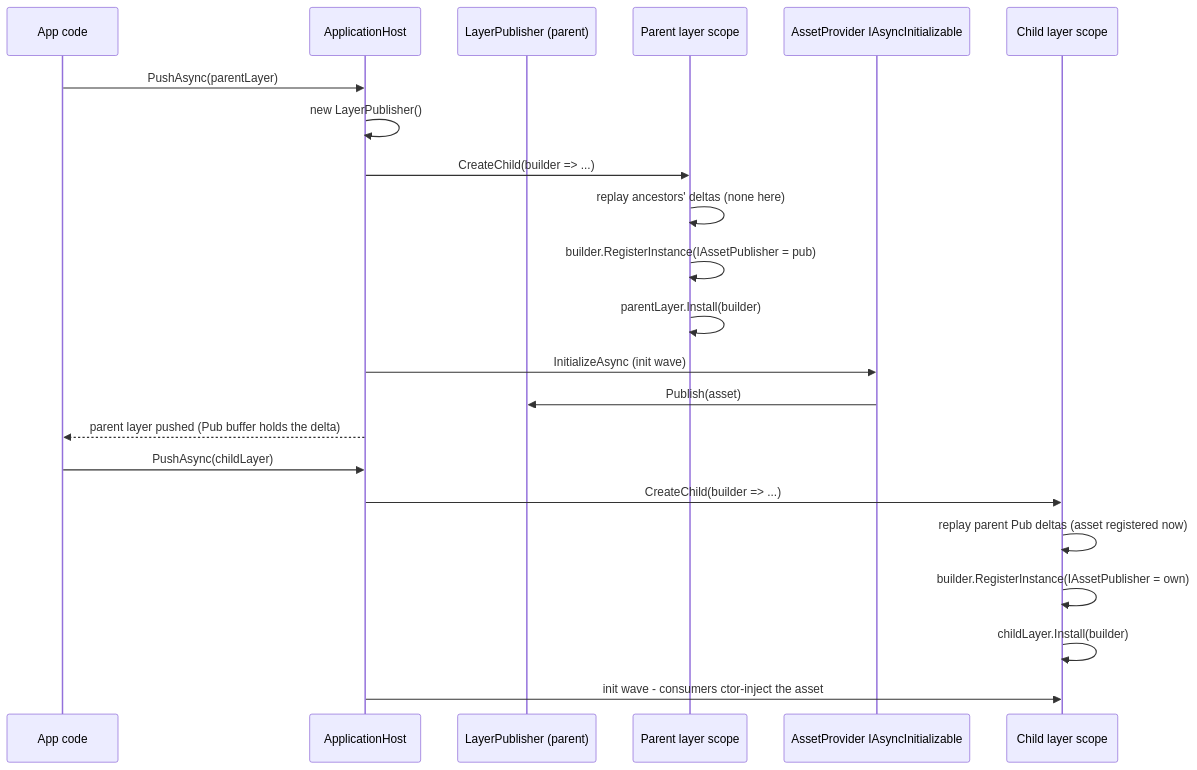
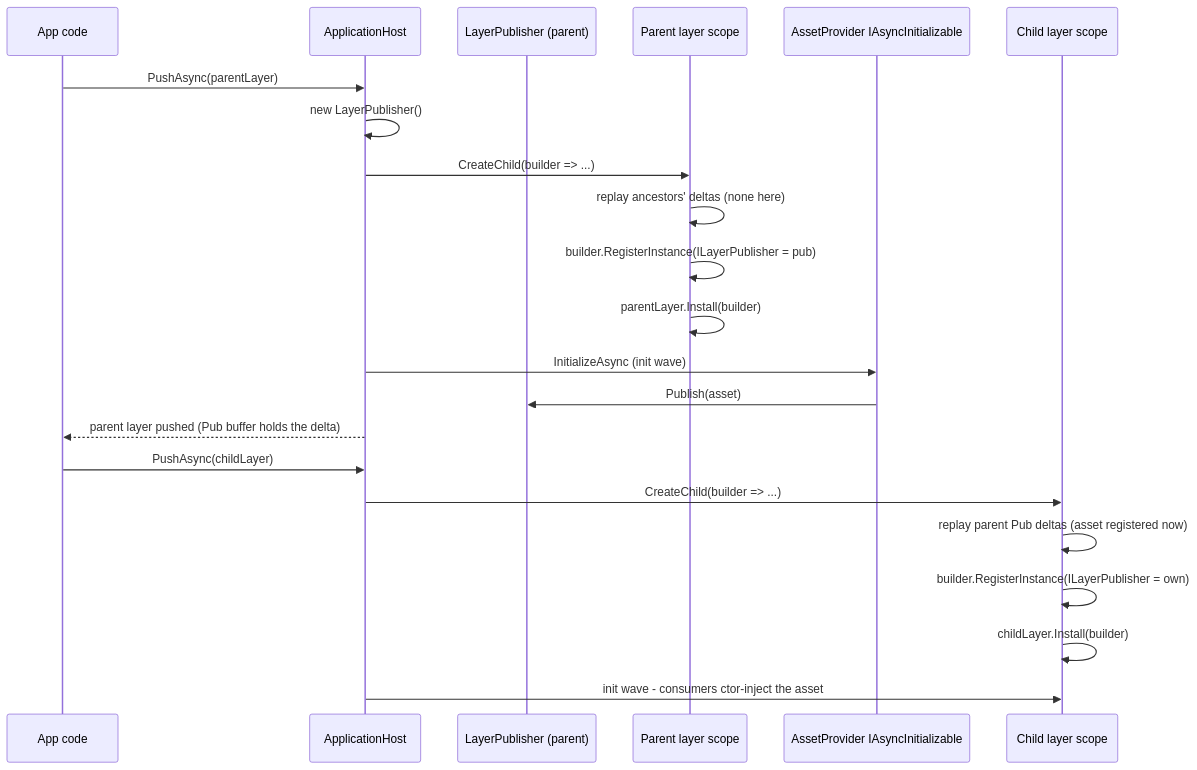
One commit to MgCohen/Scaffold changed the diagram in Plans/Export/async-registrar.md. Above: the diagram before and after it, drawn with Mermaid. The commit also changed other lines of this file and 105 other files, not shown here.

````diff
--- a/Plans/Export/async-registrar.md
+++ b/Plans/Export/async-registrar.md
@@ -41,26 +41,26 @@
 ```mermaid
 sequenceDiagram
     participant App as App code
     participant Host as ApplicationHost
     participant Pub as LayerPublisher (parent)
     participant L1 as Parent layer scope
     participant Prov as AssetProvider IAsyncInitializable
     participant L2 as Child layer scope
 
     App->>Host: PushAsync(parentLayer)
     Host->>Host: new LayerPublisher()
     Host->>L1: CreateChild(builder => ...)
     L1->>L1: replay ancestors' deltas (none here)
-    L1->>L1: builder.RegisterInstance(IAssetPublisher = pub)
+    L1->>L1: builder.RegisterInstance(ILayerPublisher = pub)
     L1->>L1: parentLayer.Install(builder)
     Host->>Prov: InitializeAsync (init wave)
     Prov->>Pub: Publish(asset)
     Host-->>App: parent layer pushed (Pub buffer holds the delta)
 
     App->>Host: PushAsync(childLayer)
     Host->>L2: CreateChild(builder => ...)
     L2->>L2: replay parent Pub deltas (asset registered now)
-    L2->>L2: builder.RegisterInstance(IAssetPublisher = own)
+    L2->>L2: builder.RegisterInstance(ILayerPublisher = own)
     L2->>L2: childLayer.Install(builder)
     Host->>L2: init wave - consumers ctor-inject the asset
 ```
````
